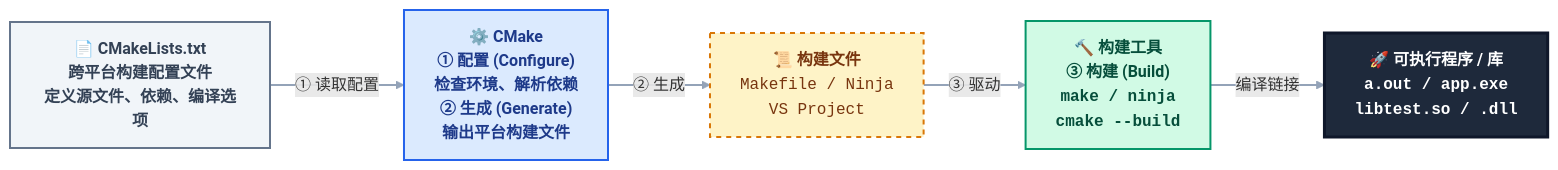
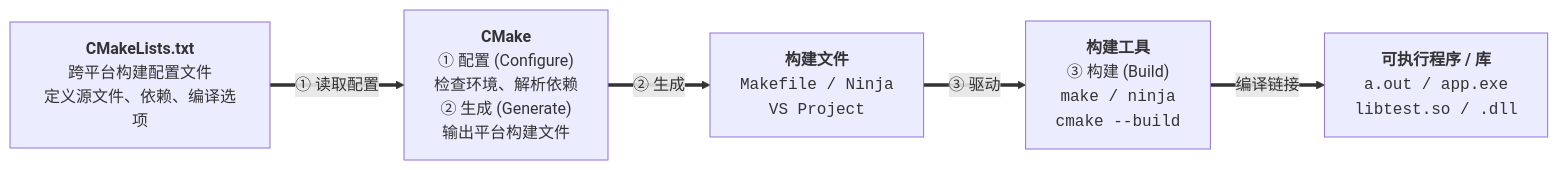
One commit to dmjcb/dmjcb.github.io changed the first of 16 diagrams in _posts/c_c++/build_tool/cmake/2024-10-22-cmake使用.md. Above: the diagram before and after it, drawn with Mermaid. The commit also changed other lines of this file and 16 other files, not shown here.

````diff
--- a/_posts/c_c++/build_tool/cmake/2024-10-22-cmake使用.md
+++ b/_posts/c_c++/build_tool/cmake/2024-10-22-cmake使用.md
@@ -31,30 +31,20 @@
 ```mermaid
 flowchart LR
-    %% 样式定义 (延续前文语义化配色体系)
-    classDef cfgFile fill:#f1f5f9,stroke:#64748b,stroke-width:2px,color:#334155,font-weight:bold;
-    classDef cmakeNode fill:#dbeafe,stroke:#2563eb,stroke-width:2px,color:#1e3a8a,font-weight:bold;
-    classDef buildFile fill:#fef3c7,stroke:#d97706,stroke-width:2px,color:#78350f,stroke-dasharray: 5 5;
-    classDef buildTool fill:#d1fae5,stroke:#059669,stroke-width:2px,color:#064e3b,font-weight:bold;
-    classDef outBin fill:#1e293b,stroke:#0f172a,stroke-width:3px,color:#ffffff,font-weight:bold;
+    %% 节点定义
+    Cfg["<b>CMakeLists.txt</b><br>跨平台构建配置文件<br>定义源文件、依赖、编译选项"]
 
-    %% 节点定义
-    Cfg["📄 <b>CMakeLists.txt</b><br>跨平台构建配置文件<br>定义源文件、依赖、编译选项"]:::cfgFile
+    Cmake["<b>CMake</b><br>① 配置 (Configure)<br>检查环境、解析依赖<br>② 生成 (Generate)<br>输出平台构建文件"]
 
-    Cmake["⚙️ <b>CMake</b><br>① 配置 (Configure)<br>检查环境、解析依赖<br>② 生成 (Generate)<br>输出平台构建文件"]:::cmakeNode
+    BuildFile["<b>构建文件</b><br><code>Makefile / Ninja</code><br><code>VS Project</code>"]
 
-    BuildFile["📜 <b>构建文件</b><br><code>Makefile / Ninja</code><br><code>VS Project</code>"]:::buildFile
+    BuildTool["<b>构建工具</b><br>③ 构建 (Build)<br><code>make / ninja</code><br><code>cmake --build</code>"]
 
-    BuildTool["🔨 <b>构建工具</b><br>③ 构建 (Build)<br><code>make / ninja</code><br><code>cmake --build</code>"]:::buildTool
-
-    OutBin["🚀 <b>可执行程序 / 库</b><br><code>a.out / app.exe</code><br><code>libtest.so / .dll</code>"]:::outBin
+    OutBin["<b>可执行程序 / 库</b><br><code>a.out / app.exe</code><br><code>libtest.so / .dll</code>"]
 
     %% 连线关系
     Cfg ==>|"① 读取配置"| Cmake
     Cmake ==>|"② 生成"| BuildFile
     BuildFile ==>|"③ 驱动"| BuildTool
     BuildTool ==>|"编译链接"| OutBin
 
-    %% 连线样式统一
-    linkStyle default stroke:#94a3b8,stroke-width:2px;
-
 ```
````
